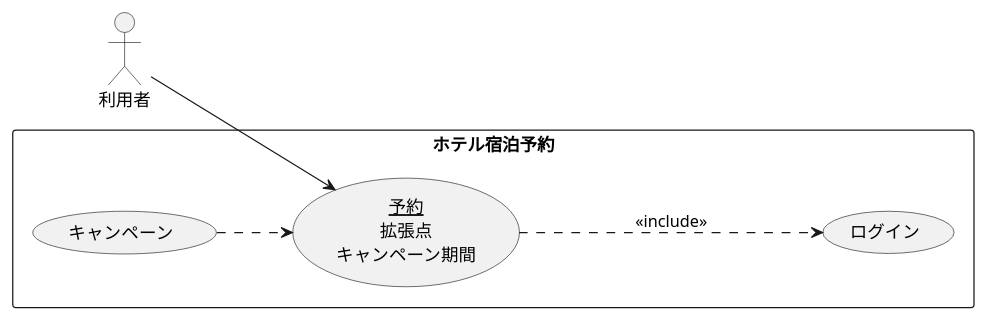
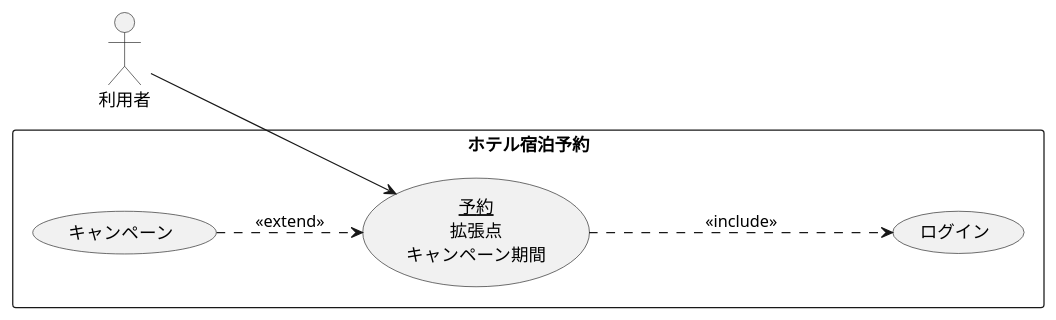
The diagram in 演習2-4_キャンペーン中のホテル宿泊予約.pu (kenkensan/uml-introduction), drawn with PlantUML before and after one commit.

Commit message:
2-4の修正

```diff
--- a/演習2-4_キャンペーン中のホテル宿泊予約.pu
+++ b/演習2-4_キャンペーン中のホテル宿泊予約.pu
@@ -1,12 +1,12 @@
 @startuml 演習2-4
 left to right direction
 actor 利用者
 rectangle ホテル宿泊予約{
 usecase (<u>予約</u>\n拡張点\nキャンペーン期間) as 予約
 usecase キャンペーン
 usecase ログイン
 }
 利用者 -->予約
-キャンペーン ..>予約
+キャンペーン ..>予約:<<extend>>
 予約 ....> ログイン:<<include>>
 @enduml
```
